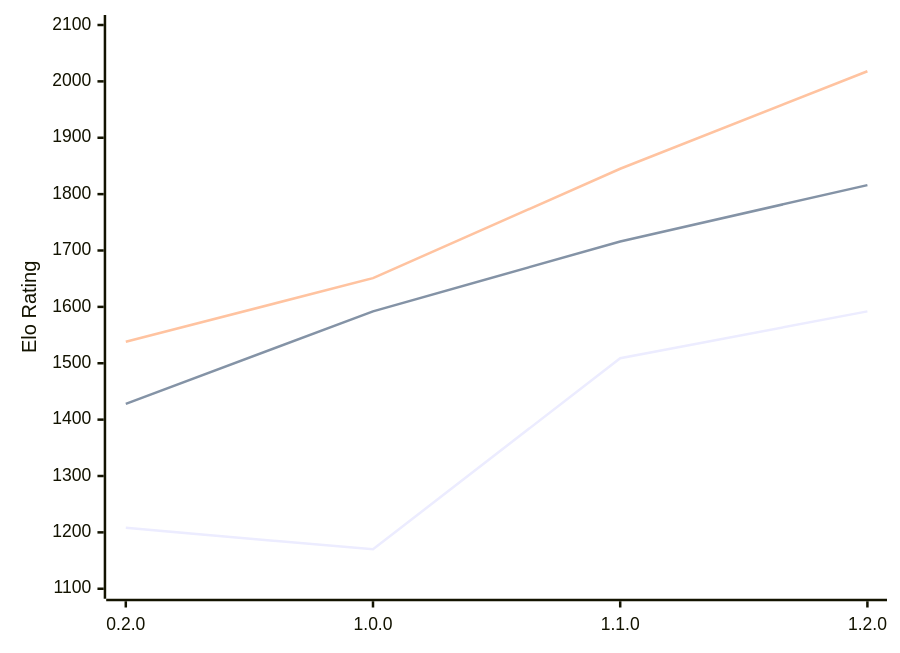
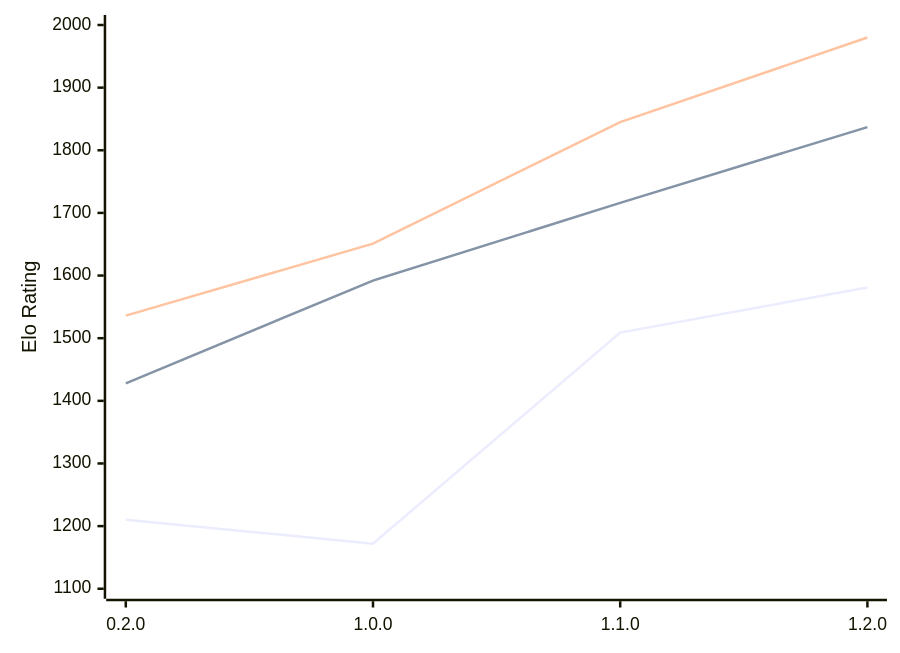
Before and after one commit to computer-chess-index/cci: the diagram in engines/Zeppelin.md, drawn with Mermaid. The commit also changed other lines of this file, not shown here.

Commit message:
Update CCI Ratings (ELO VLTC) - 2026-02-12

````diff
--- a/engines/Zeppelin.md
+++ b/engines/Zeppelin.md
@@ -33,9 +33,9 @@
 ```mermaid
 %%{init: {"theme":"base","themeVariables":{"seriesColors:['#a3a3a3','#222221','#faa371']}}}%%
 xychart-beta
   x-axis ["0.2.0", "1.0.0", "1.1.0", "1.2.0"]
-  y-axis "Elo Rating" 1100 --> 2100
-  line "STC (8.0+0.08s)" [1208, 1170, 1509, 1592]
-  line "LTC (60.0+0.60s)" [1428, 1592, 1716, 1816]
-  line "VLTC (2m24s+1.12s)" [1538, 1651, 1845, 2018]
+  y-axis "Elo Rating" 1100 --> 2000
+  line "STC (8.0+0.08s)" [1210, 1172, 1509, 1581]
+  line "LTC (60.0+0.60s)" [1428, 1592, 1716, 1837]
+  line "VLTC (2m24s+1.12s)" [1536, 1651, 1845, 1980]
 ```
````
